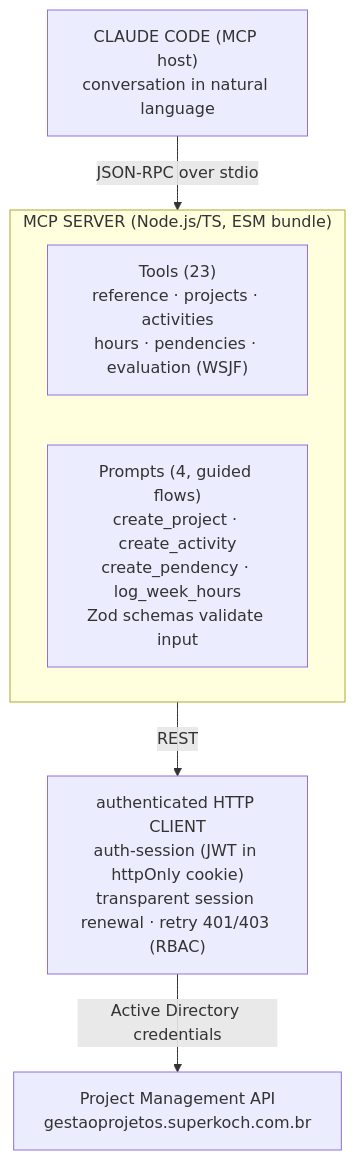
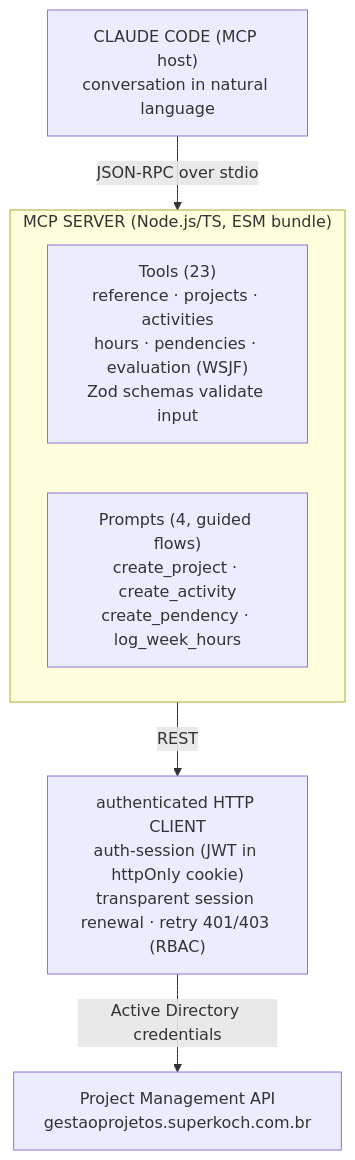
The diagram in public/posts/gestao-de-projetos-mcp.en.md (cristiangiehl1/my-website), drawn with Mermaid before and after one commit. The commit also changed 1 other file, not shown here.

Commit message:
docs(web): move Zod-validation note to Tools node in MCP diagram

````diff
--- a/public/posts/gestao-de-projetos-mcp.en.md
+++ b/public/posts/gestao-de-projetos-mcp.en.md
@@ -33,11 +33,11 @@
 ```mermaid
 flowchart TD
     A["CLAUDE CODE (MCP host)<br/>conversation in natural language"] -->|JSON-RPC over stdio| B
     subgraph B["MCP SERVER (Node.js/TS, ESM bundle)"]
         direction LR
-        T["Tools (23)<br/>reference · projects · activities<br/>hours · pendencies · evaluation (WSJF)"]
-        P["Prompts (4, guided flows)<br/>create_project · create_activity<br/>create_pendency · log_week_hours<br/>Zod schemas validate input"]
+        T["Tools (23)<br/>reference · projects · activities<br/>hours · pendencies · evaluation (WSJF)<br/>Zod schemas validate input"]
+        P["Prompts (4, guided flows)<br/>create_project · create_activity<br/>create_pendency · log_week_hours"]
     end
     B -->|REST| C["authenticated HTTP CLIENT<br/>auth-session (JWT in httpOnly cookie)<br/>transparent session renewal · retry 401/403 (RBAC)"]
     C -->|Active Directory credentials| D["Project Management API<br/>gestaoprojetos.superkoch.com.br"]
 ```
````
